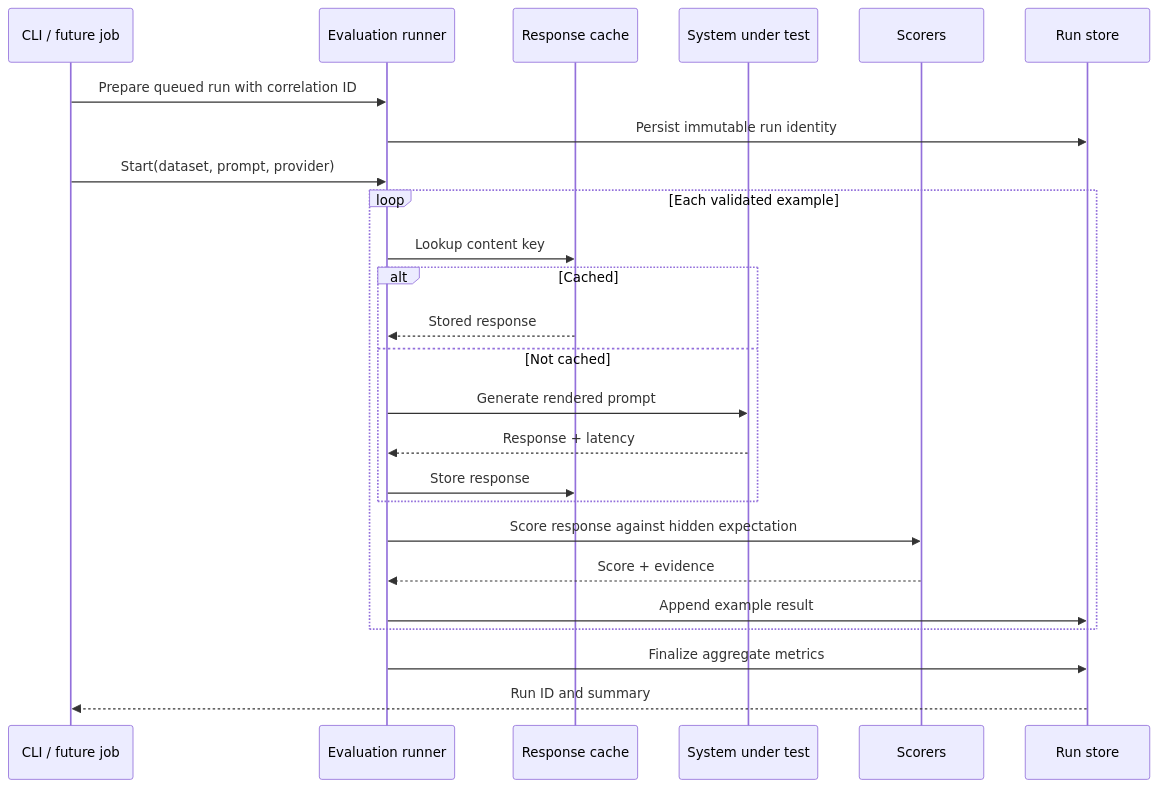
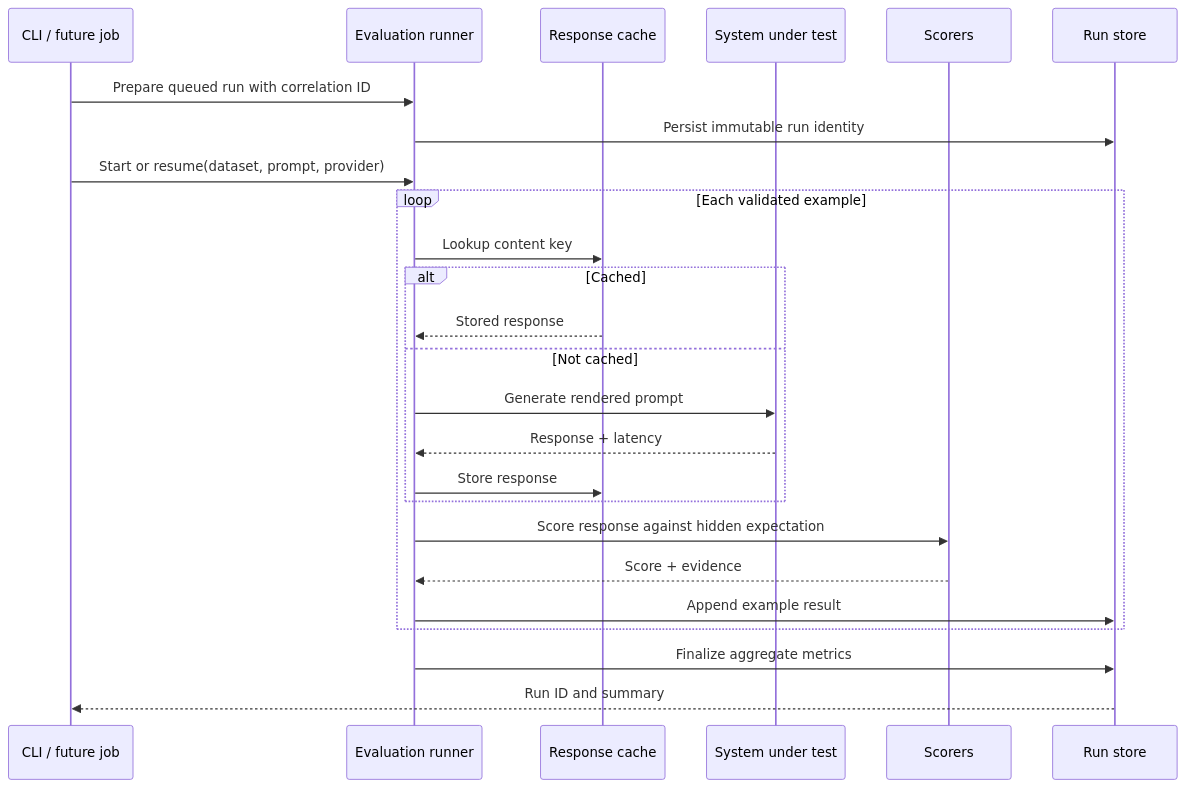
One commit to Sujay1709/evalbench-ai changed the second of 3 diagrams in README.md. Above: the diagram before and after it, drawn with Mermaid. The commit also changed other lines of this file and 8 other files, not shown here.

````diff
--- a/README.md
+++ b/README.md
@@ -77,28 +77,28 @@
 ```mermaid
 sequenceDiagram
     participant User as CLI / future job
     participant Runner as Evaluation runner
     participant Cache as Response cache
     participant Provider as System under test
     participant Scorer as Scorers
     participant Store as Run store
 
     User->>Runner: Prepare queued run with correlation ID
     Runner->>Store: Persist immutable run identity
-    User->>Runner: Start(dataset, prompt, provider)
+    User->>Runner: Start or resume(dataset, prompt, provider)
     loop Each validated example
         Runner->>Cache: Lookup content key
         alt Cached
             Cache-->>Runner: Stored response
         else Not cached
             Runner->>Provider: Generate rendered prompt
             Provider-->>Runner: Response + latency
             Runner->>Cache: Store response
         end
         Runner->>Scorer: Score response against hidden expectation
         Scorer-->>Runner: Score + evidence
         Runner->>Store: Append example result
     end
     Runner->>Store: Finalize aggregate metrics
     Store-->>User: Run ID and summary
 ```
````
